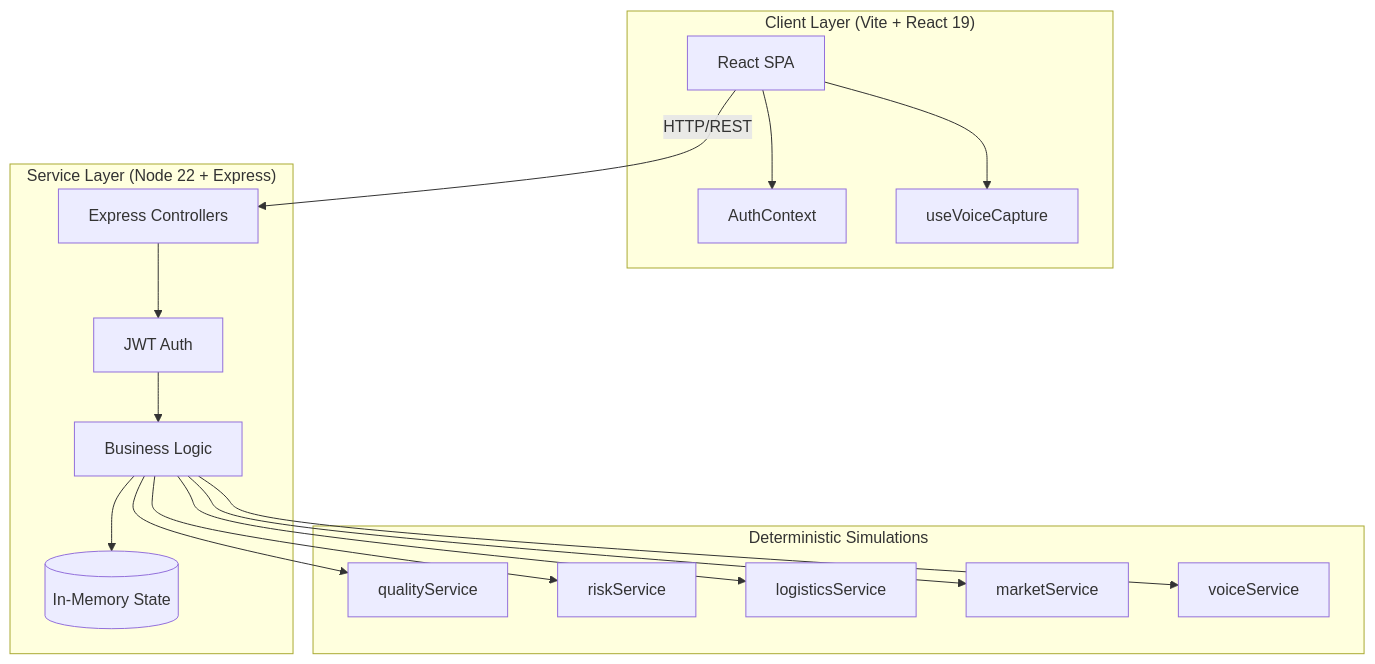
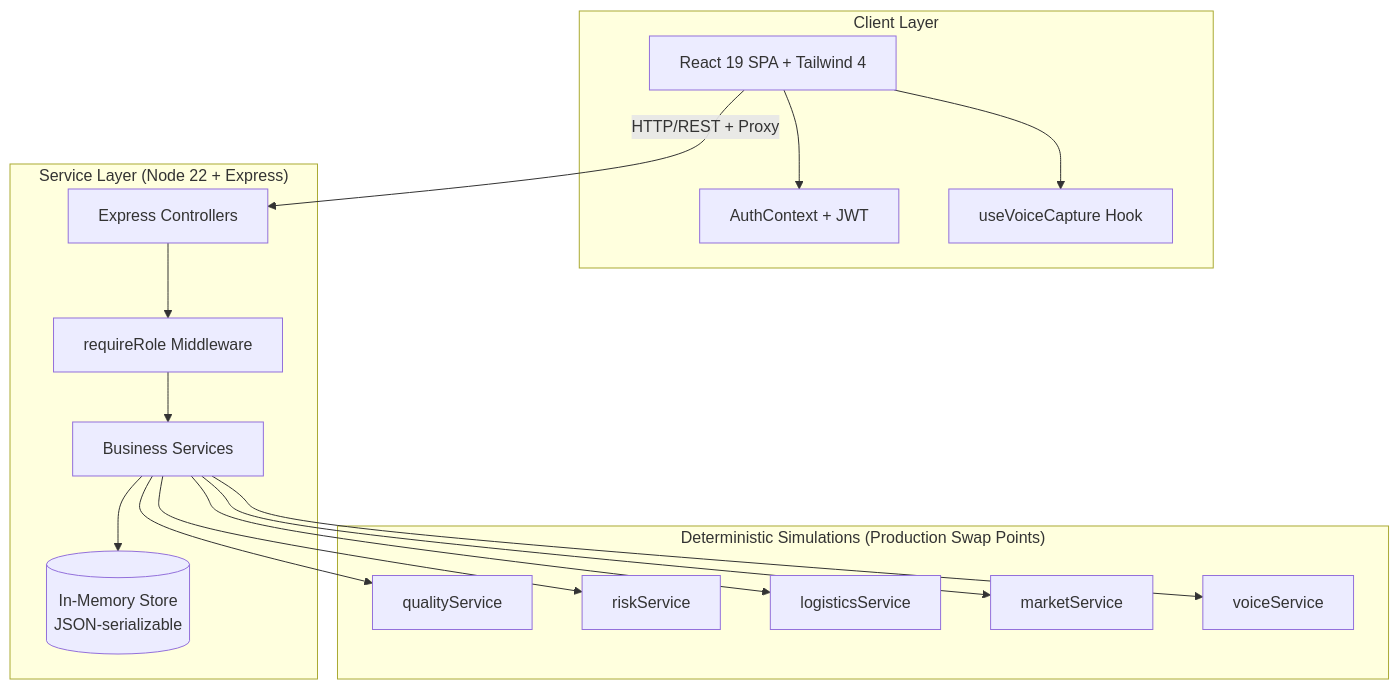
The second of 4 diagrams in README.md (cressica18/SIH2026_MVP), drawn with Mermaid before and after one commit. The commit also changed other lines of this file, not shown here.

````diff
--- a/README.md
+++ b/README.md
@@ -62,13 +87,20 @@
 ```mermaid
 graph TB
-    subgraph "Client Layer (Vite + React 19)"
-        UI[React SPA] --> Auth[AuthContext] & Voice[useVoiceCapture]
+    subgraph "Client Layer"
+        UI[React 19 SPA + Tailwind 4] --> Auth[AuthContext + JWT]
+        UI --> Voice[useVoiceCapture Hook]
     end
     subgraph "Service Layer (Node 22 + Express)"
-        API[Express Controllers] --> Guards[JWT Auth] --> Services[Business Logic] --> Store[(In-Memory State)]
+        API[Express Controllers] --> Guards[requireRole Middleware]
+        Guards --> Services[Business Services]
+        Services --> Store[(In-Memory Store\nJSON-serializable)]
     end
-    subgraph "Deterministic Simulations"
-        Services --> Q[qualityService] & R[riskService] & L[logisticsService] & M[marketService] & V[voiceService]
+    subgraph "Deterministic Simulations (Production Swap Points)"
+        Services --> Q[qualityService]
+        Services --> R[riskService]
+        Services --> L[logisticsService]
+        Services --> M[marketService]
+        Services --> V[voiceService]
     end
-    UI -- HTTP/REST --> API
+    UI -- HTTP/REST + Proxy --> API
 ```
````
